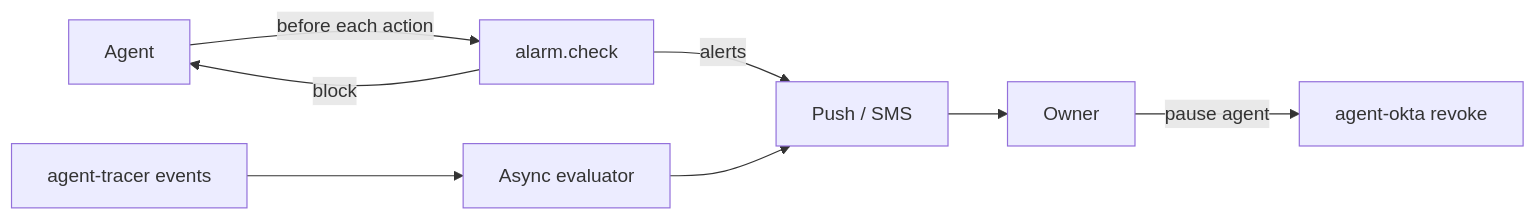
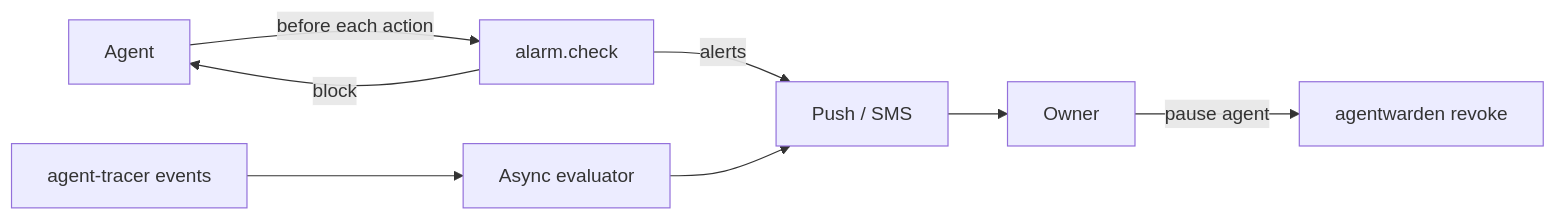
One commit to eliem08/agent-alarm changed the diagram in ARCHITECTURE.md. Above: the diagram before and after it, drawn with Mermaid. The commit also changed other lines of this file and 5 other files, not shown here.

````diff
--- a/ARCHITECTURE.md
+++ b/ARCHITECTURE.md
@@ -12,10 +12,10 @@
 ```mermaid
 flowchart LR
   Agent -->|before each action| Check[alarm.check]
   Check -->|block| Agent
   Check -->|alerts| Notify[Push / SMS]
   Notify --> Owner
-  Owner -->|pause agent| Okta[agent-okta revoke]
+  Owner -->|pause agent| Okta[agentwarden revoke]
   Tracer[agent-tracer events] --> Eval[Async evaluator]
   Eval --> Notify
 ```
````
